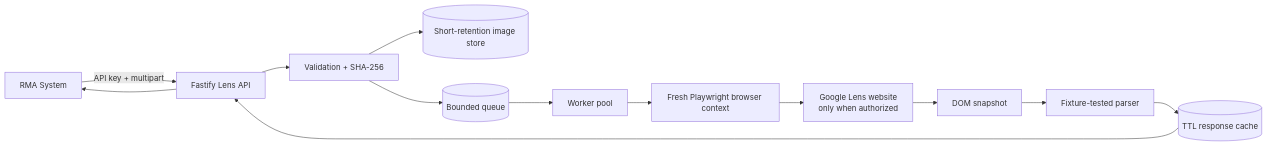
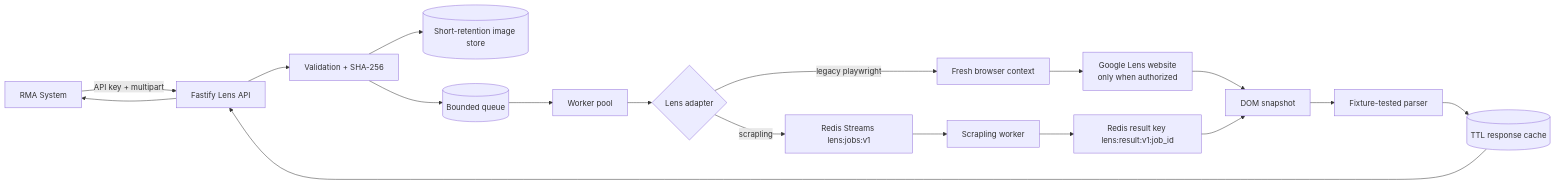
Before and after one commit to arslanbasharat-o-o/Google-Lens-API: the diagram in docs/architecture.md, drawn with Mermaid. The commit also changed other lines of this file and 28 other files, not shown here.

````diff
--- a/docs/architecture.md
+++ b/docs/architecture.md
@@ -5,15 +5,20 @@
 ```mermaid
 flowchart LR
   RMA[RMA System] -->|API key + multipart| API[Fastify Lens API]
   API --> V[Validation + SHA-256]
   V --> S[(Short-retention image store)]
   V --> Q[(Bounded queue)]
   Q --> P[Worker pool]
-  P --> C[Fresh Playwright browser context]
-  C --> G[Google Lens website<br/>only when authorized]
-  G --> X[DOM snapshot]
+   P --> A{Lens adapter}
+   A -->|scrapling| S2[Redis Streams lens:jobs:v1]
+   S2 --> W[Scrapling worker]
+   W --> R[Redis result key lens:result:v1:job_id]
+   A -->|legacy playwright| C[Fresh browser context]
+   C --> G[Google Lens website<br/>only when authorized]
+   G --> X[DOM snapshot]
+   R --> X
   X --> Parser[Fixture-tested parser]
   Parser --> Cache[(TTL response cache)]
   Cache --> API
   API --> RMA
 ```
````
